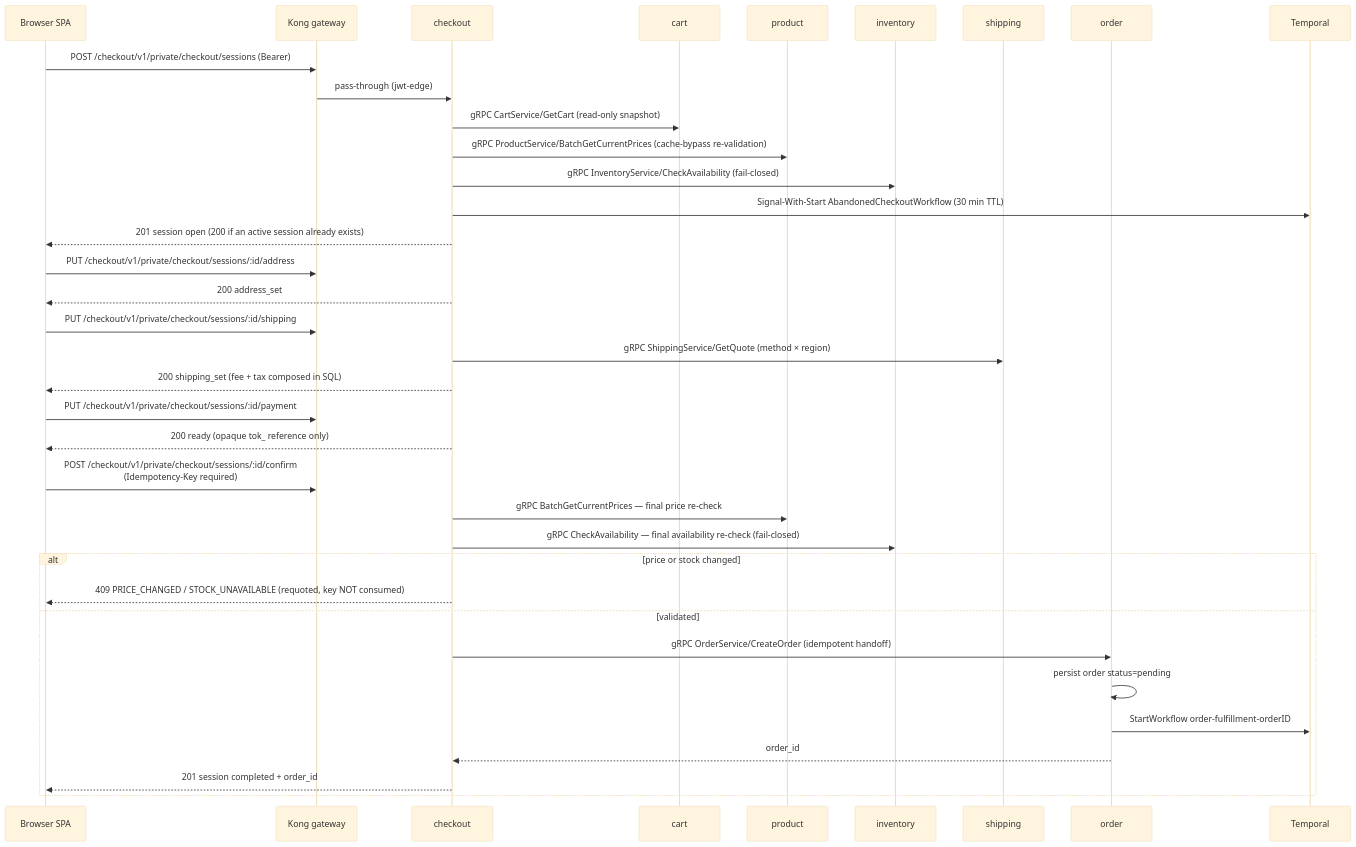
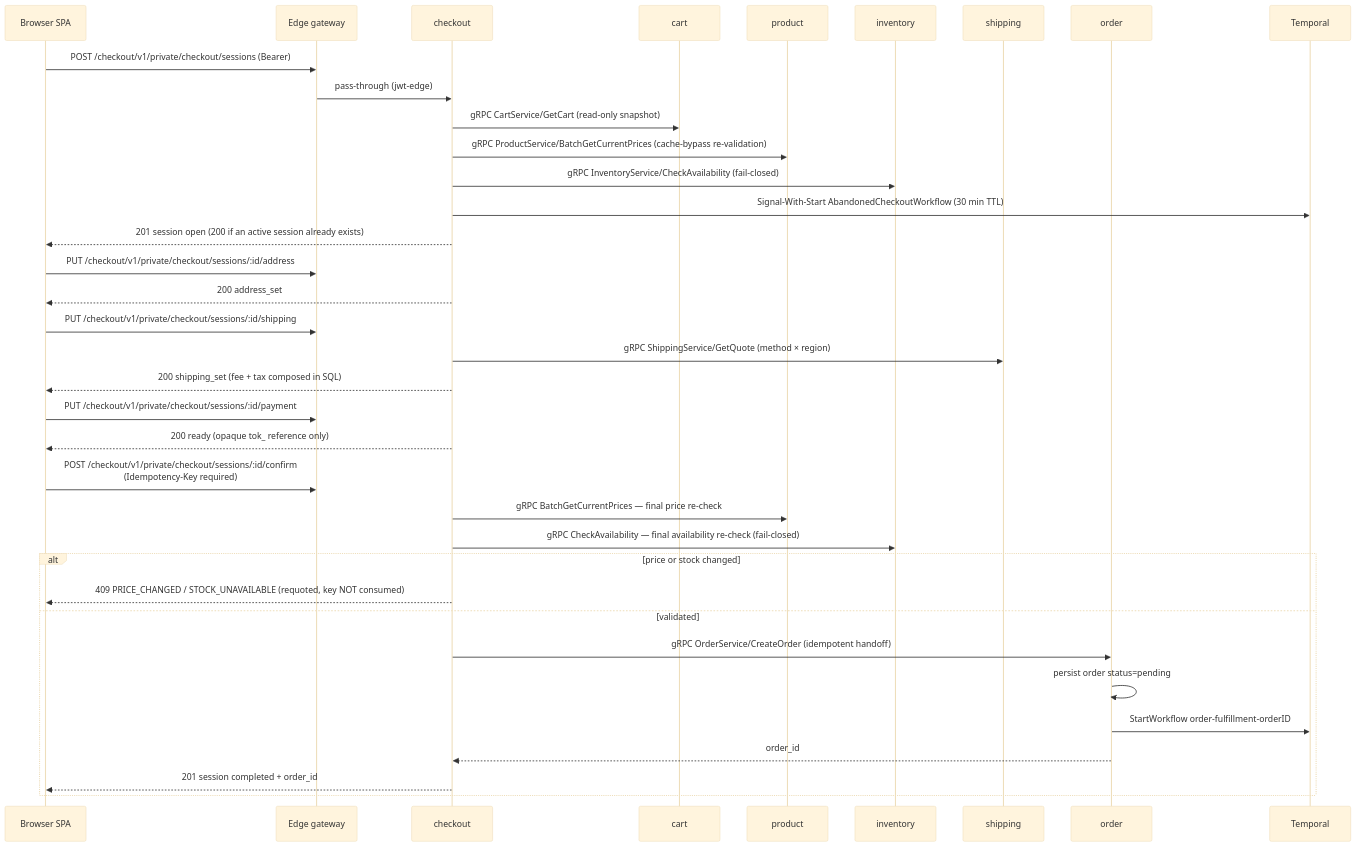
Before and after one commit to duynhlab/homelab: the eighth of 10 diagrams in docs/api/api.md, drawn with Mermaid (base theme). The commit also changed other lines of this file and 28 other files, not shown here.

````diff
--- a/docs/api/api.md
+++ b/docs/api/api.md
@@ -565,41 +569,41 @@
 ```mermaid
 sequenceDiagram
     participant SPA as Browser SPA
-    participant Kong as Kong gateway
+    participant Edge as Edge gateway
     participant CK as checkout
     participant Cart as cart
     participant Prod as product
     participant Inv as inventory
     participant Ship as shipping
     participant Ord as order
     participant TMP as Temporal
 
-    SPA->>Kong: POST /checkout/v1/private/checkout/sessions (Bearer)
-    Kong->>CK: pass-through (jwt-edge)
+    SPA->>Edge: POST /checkout/v1/private/checkout/sessions (Bearer)
+    Edge->>CK: pass-through (jwt-edge)
     CK->>Cart: gRPC CartService/GetCart (read-only snapshot)
     CK->>Prod: gRPC ProductService/BatchGetCurrentPrices (cache-bypass re-validation)
     CK->>Inv: gRPC InventoryService/CheckAvailability (fail-closed)
     CK->>TMP: Signal-With-Start AbandonedCheckoutWorkflow (30 min TTL)
     CK-->>SPA: 201 session open (200 if an active session already exists)
 
-    SPA->>Kong: PUT /checkout/v1/private/checkout/sessions/:id/address
+    SPA->>Edge: PUT /checkout/v1/private/checkout/sessions/:id/address
     CK-->>SPA: 200 address_set
-    SPA->>Kong: PUT /checkout/v1/private/checkout/sessions/:id/shipping
+    SPA->>Edge: PUT /checkout/v1/private/checkout/sessions/:id/shipping
     CK->>Ship: gRPC ShippingService/GetQuote (method × region)
     CK-->>SPA: 200 shipping_set (fee + tax composed in SQL)
-    SPA->>Kong: PUT /checkout/v1/private/checkout/sessions/:id/payment
+    SPA->>Edge: PUT /checkout/v1/private/checkout/sessions/:id/payment
     CK-->>SPA: 200 ready (opaque tok_ reference only)
 
-    SPA->>Kong: POST /checkout/v1/private/checkout/sessions/:id/confirm<br/>(Idempotency-Key required)
+    SPA->>Edge: POST /checkout/v1/private/checkout/sessions/:id/confirm<br/>(Idempotency-Key required)
     CK->>Prod: gRPC BatchGetCurrentPrices — final price re-check
     CK->>Inv: gRPC CheckAvailability — final availability re-check (fail-closed)
     alt price or stock changed
         CK-->>SPA: 409 PRICE_CHANGED / STOCK_UNAVAILABLE (requoted, key NOT consumed)
     else validated
         CK->>Ord: gRPC OrderService/CreateOrder (idempotent handoff)
         Ord->>Ord: persist order status=pending
         Ord->>TMP: StartWorkflow order-fulfillment-orderID
         Ord-->>CK: order_id
         CK-->>SPA: 201 session completed + order_id
     end
 ```
````
